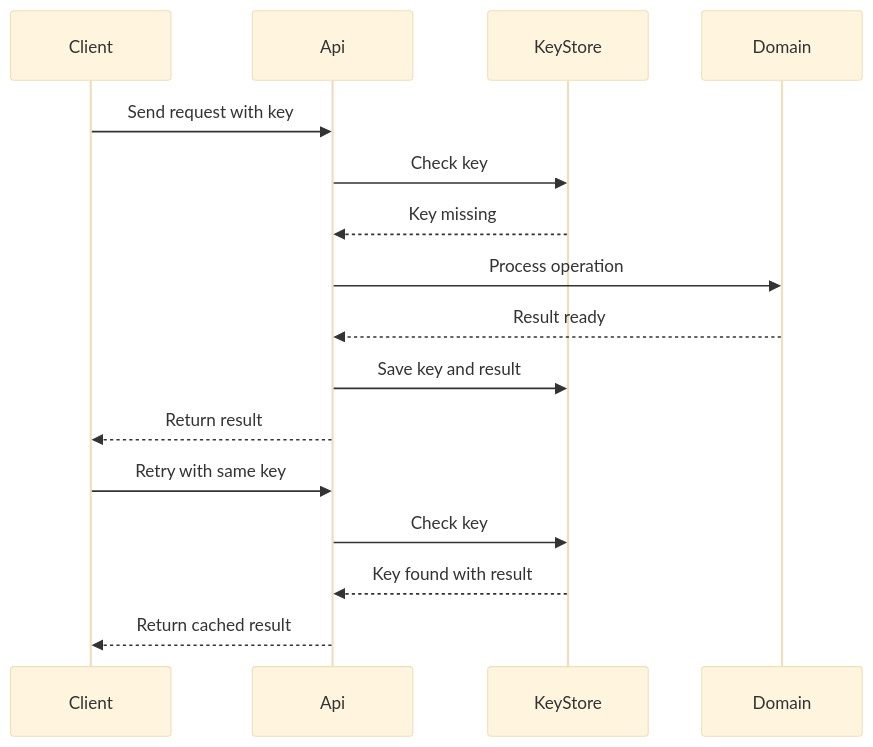
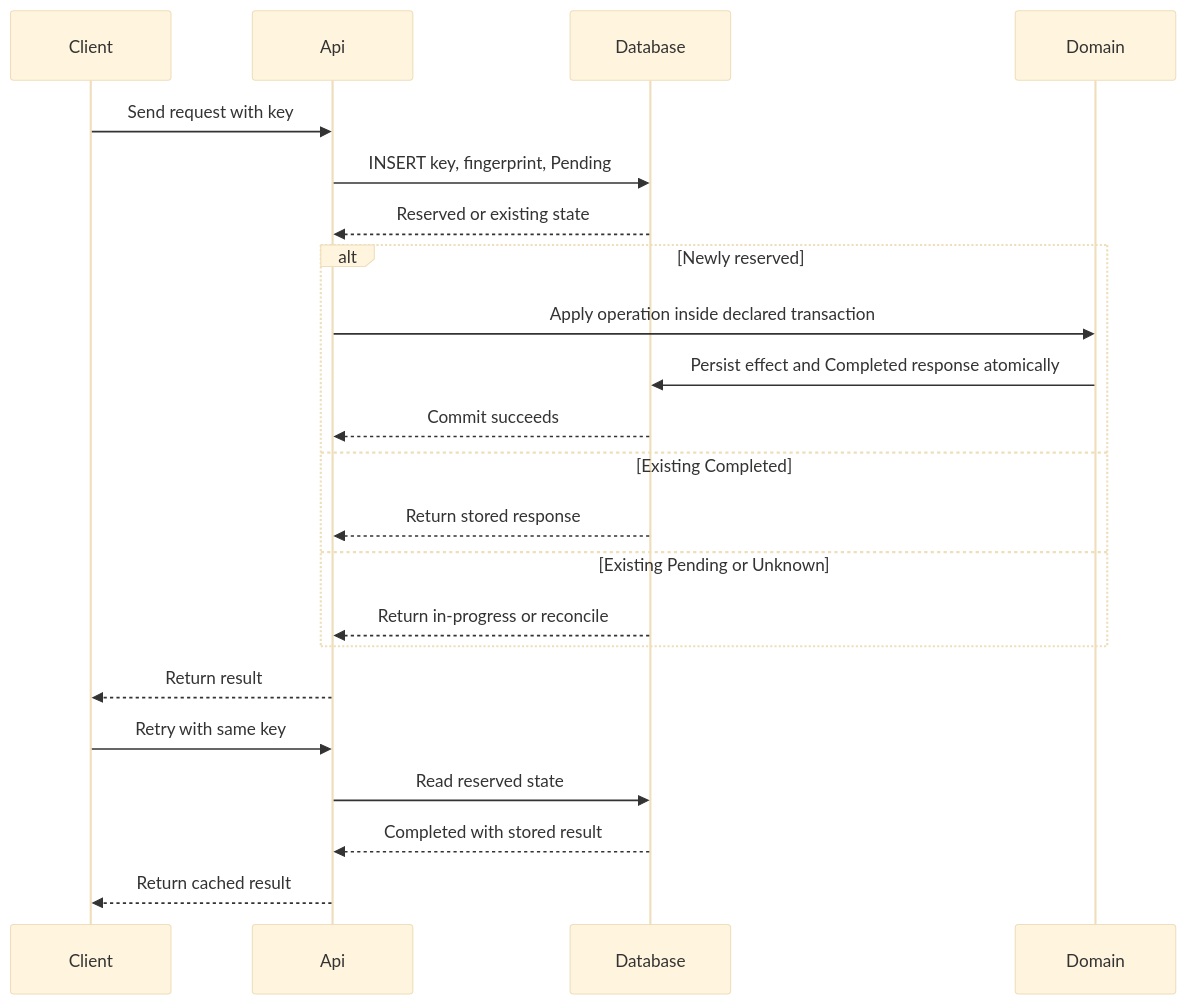
One commit to grafanaKibana/devbook.zip changed the diagram in Vault/Home/Software Architecture/Distributed Systems/Idempotency.md. Above: the diagram before and after it, drawn with Mermaid (base theme). The commit also changed other lines of this file and 349 other files, not shown here.

````diff
--- a/Vault/Home/Software Architecture/Distributed Systems/Idempotency.md
+++ b/Vault/Home/Software Architecture/Distributed Systems/Idempotency.md
@@ -61,18 +63,24 @@
 ```mermaid
 sequenceDiagram
     participant Client
     participant Api
-    participant KeyStore
+    participant Database
     participant Domain
     Client->>Api: Send request with key
-    Api->>KeyStore: Check key
-    KeyStore-->>Api: Key missing
-    Api->>Domain: Process operation
-    Domain-->>Api: Result ready
-    Api->>KeyStore: Save key and result
+    Api->>Database: INSERT key, fingerprint, Pending
+    Database-->>Api: Reserved or existing state
+    alt Newly reserved
+        Api->>Domain: Apply operation inside declared transaction
+        Domain->>Database: Persist effect and Completed response atomically
+        Database-->>Api: Commit succeeds
+    else Existing Completed
+        Database-->>Api: Return stored response
+    else Existing Pending or Unknown
+        Database-->>Api: Return in-progress or reconcile
+    end
     Api-->>Client: Return result
     Client->>Api: Retry with same key
-    Api->>KeyStore: Check key
-    KeyStore-->>Api: Key found with result
+    Api->>Database: Read reserved state
+    Database-->>Api: Completed with stored result
     Api-->>Client: Return cached result
 ```
````
